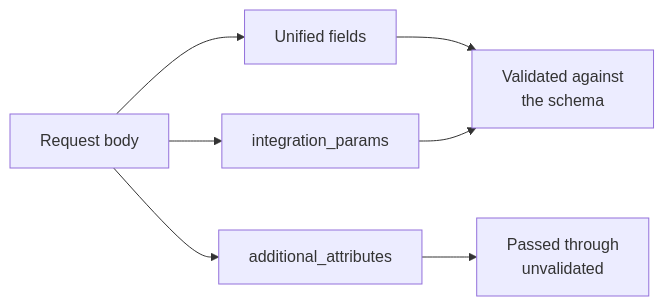
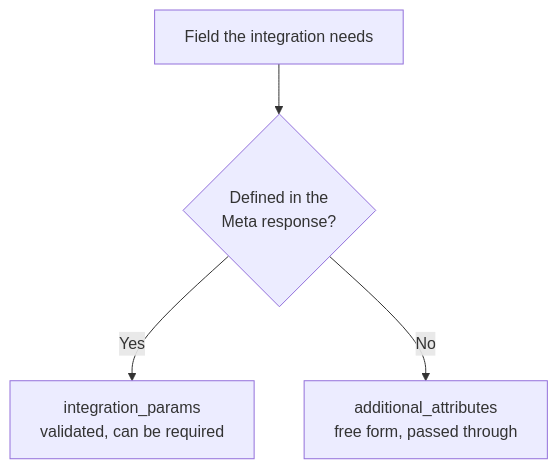
One commit to kaval1810/bindbee-docs-test changed the second of 2 diagrams in guides/reading-writing/meta-apis.mdx. Above: the diagram before and after it, drawn with Mermaid. The commit also changed other lines of this file and 2 other files, not shown here.

First line of the commit message:
Sync manual edits to meta-apis, webhooks and record-identity

````diff
--- a/guides/reading-writing/meta-apis.mdx
+++ b/guides/reading-writing/meta-apis.mdx
@@ -309,9 +193,6 @@
 ```mermaid
-flowchart LR
-    B["Request body"] --> U["Unified fields"]
-    B --> I["integration_params"]
-    B --> A["additional_attributes"]
-    U --> V["Validated against<br/>the schema"]
-    I --> V
-    A --> P["Passed through<br/>unvalidated"]
+flowchart TD
+    A["Field the integration needs"] --> B{"Defined in the<br/>Meta response?"}
+    B -->|Yes| C["integration_params<br/>validated, can be required"]
+    B -->|No| D["additional_attributes<br/>free form, passed through"]
 ```
````
